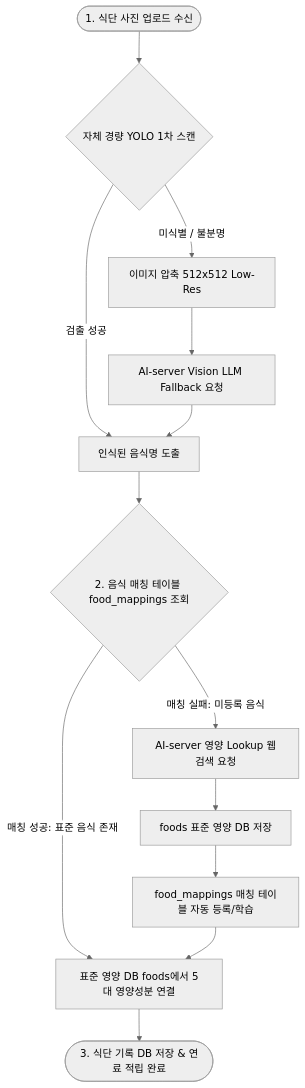
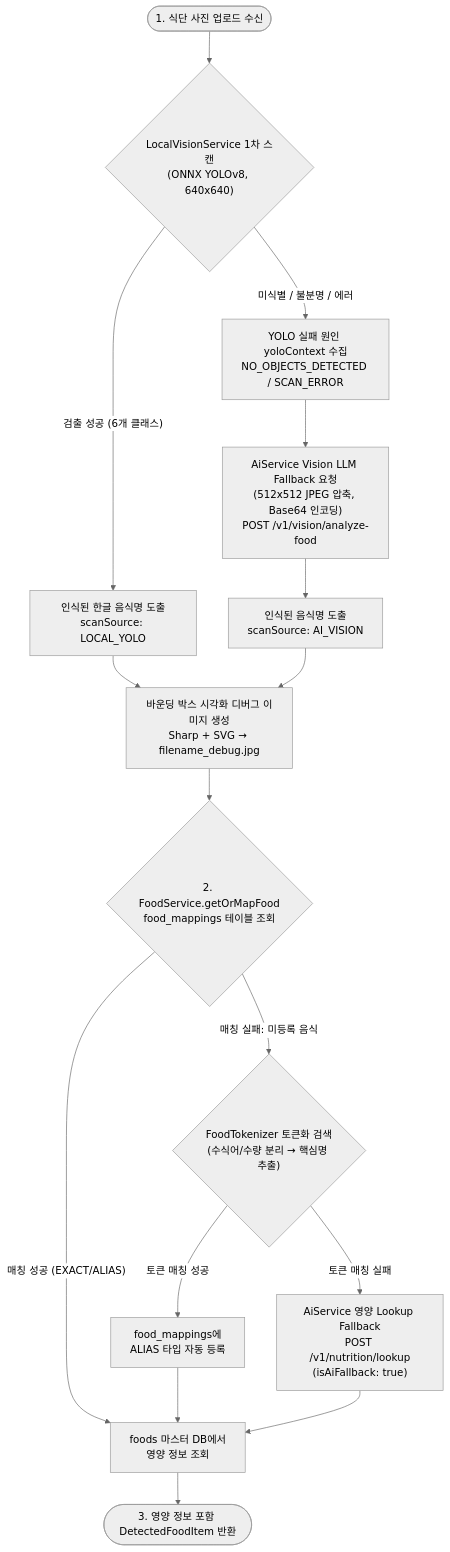
One commit to wooddang-gachon/NASA_backEnd changed the fifth of 13 diagrams in docs/2. v3/4. Sequence Diagram.md. Above: the diagram before and after it, drawn with Mermaid (neutral theme). The commit also changed other lines of this file and 67 other files, not shown here.

````diff
--- a/docs/2. v3/4. Sequence Diagram.md
+++ b/docs/2. v3/4. Sequence Diagram.md
@@ -124,20 +152,25 @@
 ```mermaid
 graph TD
-    Start([1. 식단 사진 업로드 수신]) --> YOLO{자체 경량 YOLO 1차 스캔}
-    
-    YOLO -- 검출 성공 --> RawFood[인식된 음식명 도출]
-    YOLO -- 미식별 / 불분명 --> Resize[이미지 압축 512x512 Low-Res]
-    Resize --> VisionLLM[AI-server Vision LLM Fallback 요청]
-    VisionLLM --> RawFood
-    
-    RawFood --> MatchTable{2. 음식 매칭 테이블 food_mappings 조회}
-    
-    MatchTable -- 매칭 성공: 표준 음식 존재 --> FetchRDB[표준 영양 DB foods에서 5대 영양성분 연결]
-    MatchTable -- 매칭 실패: 미등록 음식 --> AILookup[AI-server 영양 Lookup 웹검색 요청]
-    
-    AILookup --> SaveRDB[foods 표준 영양 DB 저장]
-    SaveRDB --> LearnMatch[food_mappings 매칭 테이블 자동 등록/학습]
-    LearnMatch --> FetchRDB
-    
-    FetchRDB --> Complete([3. 식단 기록 DB 저장 & 연료 적립 완료])
+    Start(["1. 식단 사진 업로드 수신"]) --> LocalYOLO{"LocalVisionService 1차 스캔<br/>(ONNX YOLOv8, 640x640)"}
+
+    LocalYOLO -- "검출 성공 (6개 클래스)" --> RawFood["인식된 한글 음식명 도출<br/>scanSource: LOCAL_YOLO"]
+    LocalYOLO -- "미식별 / 불분명 / 에러" --> SetContext["YOLO 실패 원인 yoloContext 수집<br/>NO_OBJECTS_DETECTED / SCAN_ERROR"]
+    SetContext --> VisionLLM["AiService Vision LLM Fallback 요청<br/>(512x512 JPEG 압축, Base64 인코딩)<br/>POST /v1/vision/analyze-food"]
+    VisionLLM --> RawFood2["인식된 음식명 도출<br/>scanSource: AI_VISION"]
+
+    RawFood --> DebugImg["바운딩 박스 시각화 디버그 이미지 생성<br/>Sharp + SVG → filename_debug.jpg"]
+    RawFood2 --> DebugImg
+
+    DebugImg --> MatchTable{"2. FoodService.getOrMapFood<br/>food_mappings 테이블 조회"}
+
+    MatchTable -- "매칭 성공 (EXACT/ALIAS)" --> FetchRDB["foods 마스터 DB에서<br/>영양 정보 조회"]
+    MatchTable -- "매칭 실패: 미등록 음식" --> Tokenize{"FoodTokenizer 토큰화 검색<br/>(수식어/수량 분리 → 핵심명 추출)"}
+
+    Tokenize -- "토큰 매칭 성공" --> AutoAlias["food_mappings에<br/>ALIAS 타입 자동 등록"]
+    AutoAlias --> FetchRDB
+
+    Tokenize -- "토큰 매칭 실패" --> AILookup["AiService 영양 Lookup Fallback<br/>POST /v1/nutrition/lookup<br/>(isAiFallback: true)"]
+    AILookup --> FetchRDB
+
+    FetchRDB --> Complete(["3. 영양 정보 포함 DetectedFoodItem 반환"])
 ```
````
